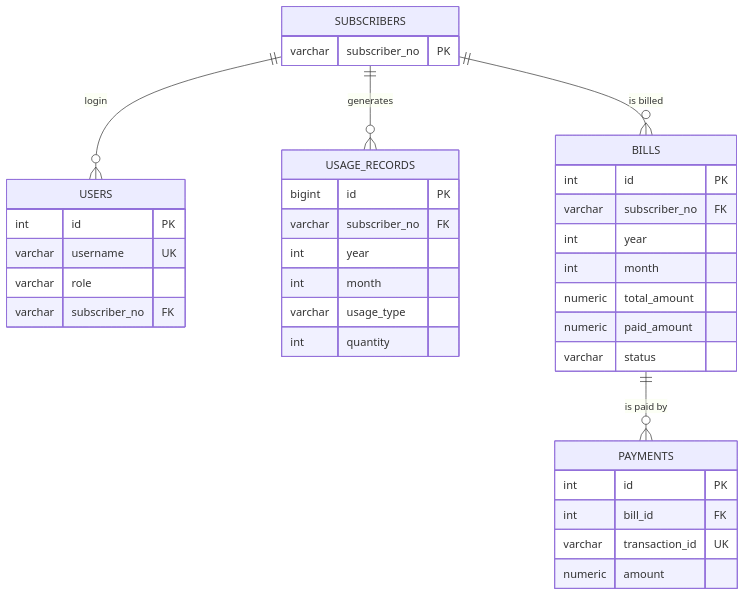
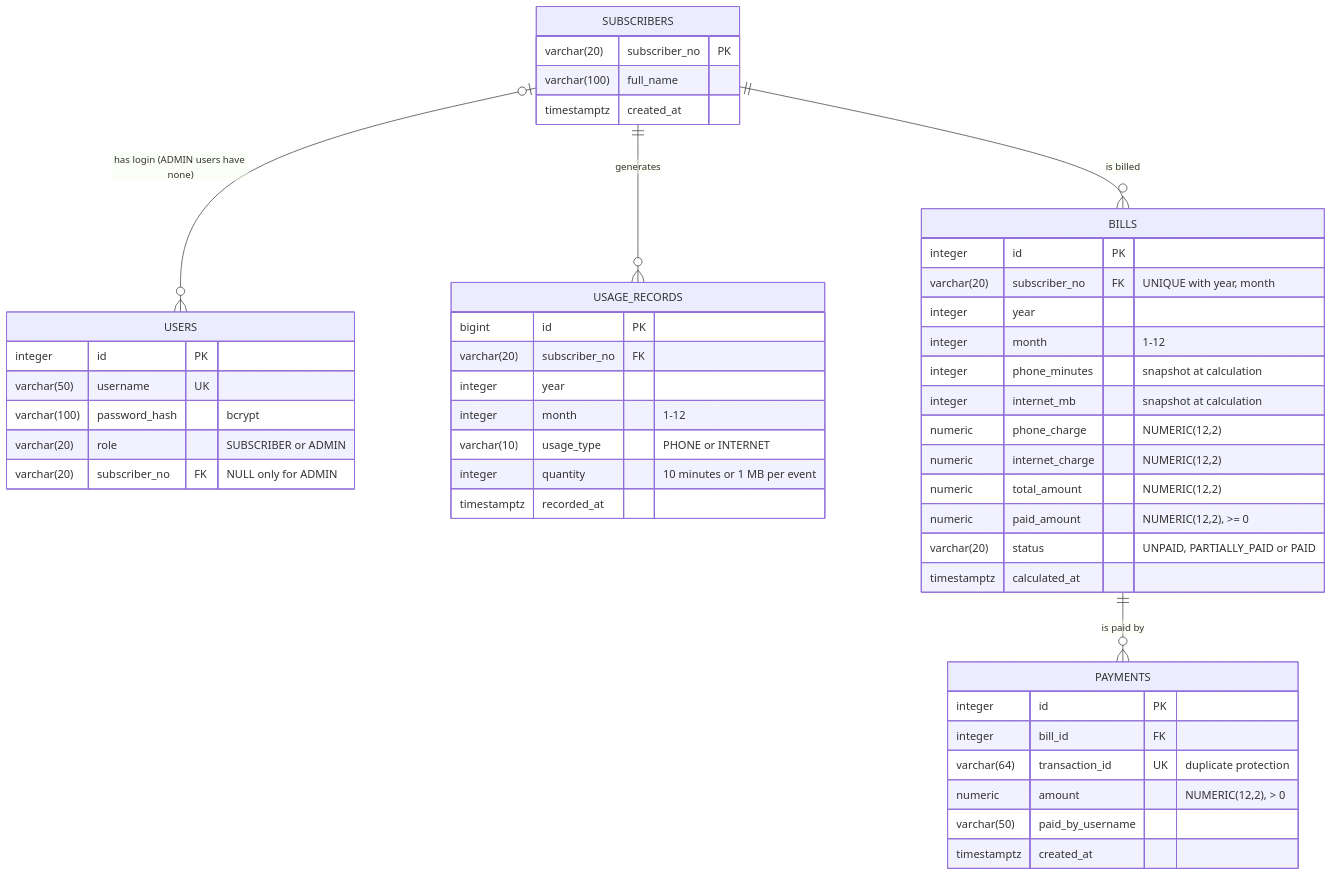
One commit to deensza/se4458-billing-assistant changed the second of 2 diagrams in README.md. Above: the diagram before and after it, drawn with Mermaid. The commit also changed other lines of this file and 4 other files, not shown here.

Commit message:
Align diagrams with the assignment and the database schema

````diff
--- a/README.md
+++ b/README.md
@@ -147,12 +147,51 @@
 ```mermaid
 erDiagram
-    SUBSCRIBERS ||--o{ USERS : "login"
+    SUBSCRIBERS |o--o{ USERS : "has login (ADMIN users have none)"
     SUBSCRIBERS ||--o{ USAGE_RECORDS : "generates"
     SUBSCRIBERS ||--o{ BILLS : "is billed"
     BILLS ||--o{ PAYMENTS : "is paid by"
-    SUBSCRIBERS { varchar subscriber_no PK }
-    USERS { int id PK  varchar username UK  varchar role  varchar subscriber_no FK }
-    USAGE_RECORDS { bigint id PK  varchar subscriber_no FK  int year  int month  varchar usage_type  int quantity }
-    BILLS { int id PK  varchar subscriber_no FK  int year  int month  numeric total_amount  numeric paid_amount  varchar status }
-    PAYMENTS { int id PK  int bill_id FK  varchar transaction_id UK  numeric amount }
+
+    SUBSCRIBERS {
+        varchar(20) subscriber_no PK
+        varchar(100) full_name
+        timestamptz created_at
+    }
+    USERS {
+        integer id PK
+        varchar(50) username UK
+        varchar(100) password_hash "bcrypt"
+        varchar(20) role "SUBSCRIBER or ADMIN"
+        varchar(20) subscriber_no FK "NULL only for ADMIN"
+    }
+    USAGE_RECORDS {
+        bigint id PK
+        varchar(20) subscriber_no FK
+        integer year
+        integer month "1-12"
+        varchar(10) usage_type "PHONE or INTERNET"
+        integer quantity "10 minutes or 1 MB per event"
+        timestamptz recorded_at
+    }
+    BILLS {
+        integer id PK
+        varchar(20) subscriber_no FK "UNIQUE with year, month"
+        integer year
+        integer month "1-12"
+        integer phone_minutes "snapshot at calculation"
+        integer internet_mb "snapshot at calculation"
+        numeric phone_charge "NUMERIC(12,2)"
+        numeric internet_charge "NUMERIC(12,2)"
+        numeric total_amount "NUMERIC(12,2)"
+        numeric paid_amount "NUMERIC(12,2), >= 0"
+        varchar(20) status "UNPAID, PARTIALLY_PAID or PAID"
+        timestamptz calculated_at
+    }
+    PAYMENTS {
+        integer id PK
+        integer bill_id FK
+        varchar(64) transaction_id UK "duplicate protection"
+        numeric amount "NUMERIC(12,2), > 0"
+        varchar(50) paid_by_username
+        timestamptz created_at
+    }
 ```
````
